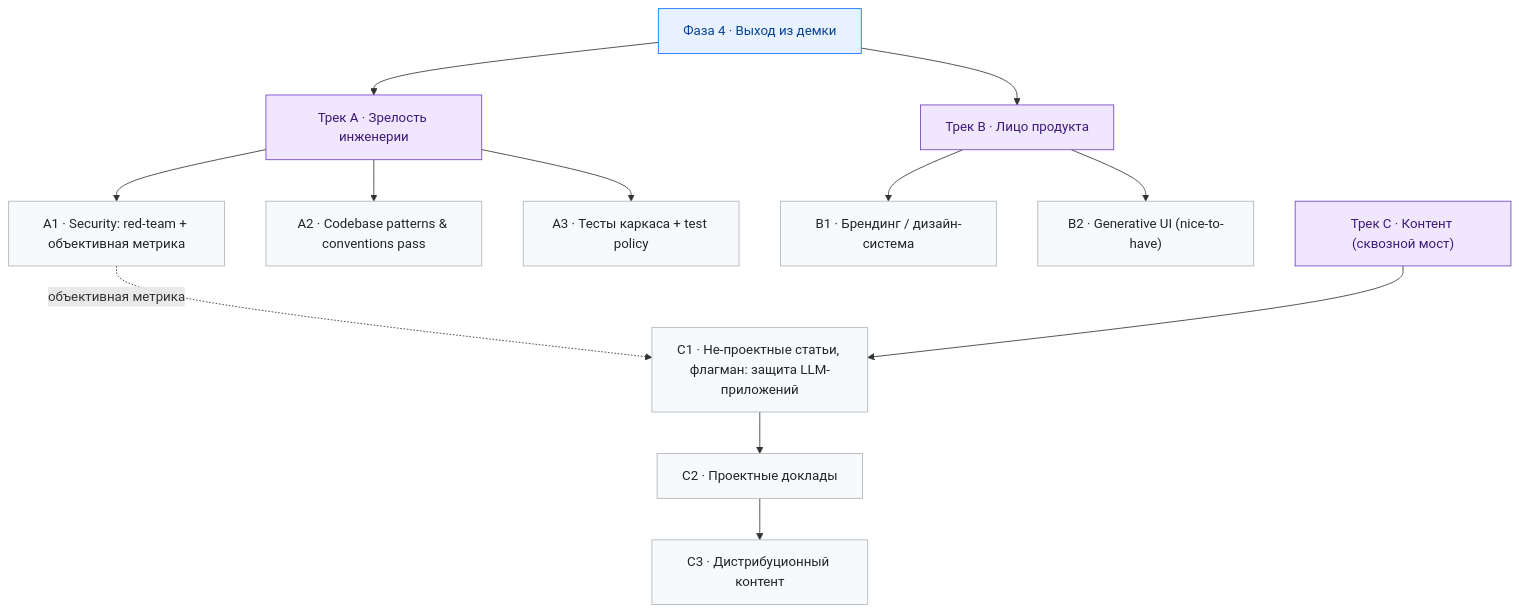
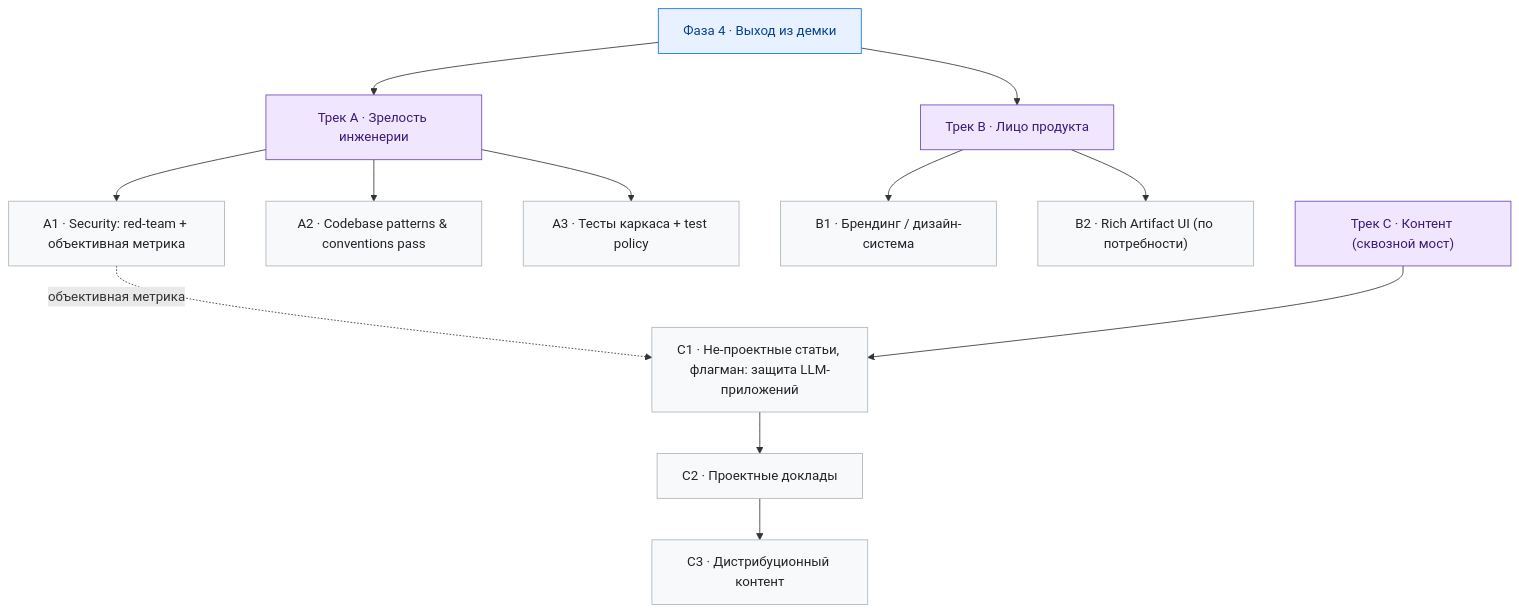
One commit to Bbar0n234/learnflow-ai changed the second of 2 diagrams in doc/product/roadmap.md. Above: the diagram before and after it, drawn with Mermaid. The commit also changed other lines of this file and 1 other file, not shown here.

Commit message:
docs(planning): separate rich artifact UI from generative UI

````diff
--- a/doc/product/roadmap.md
+++ b/doc/product/roadmap.md
@@ -99,21 +99,21 @@
 ```mermaid
 flowchart TD
     classDef phase fill:#e7f1ff,stroke:#0d6efd,color:#084298
     classDef track fill:#f0e7ff,stroke:#6f42c1,color:#3d1a78
     classDef item fill:#f8f9fa,stroke:#adb5bd,color:#212529
 
     P4["Фаза 4 · Выход из демки"]:::phase
     P4 --> TA["Трек A · Зрелость инженерии"]:::track
     P4 --> TB["Трек B · Лицо продукта"]:::track
     TA --> A1["A1 · Security: red-team + объективная метрика"]:::item
     TA --> A2["A2 · Codebase patterns & conventions pass"]:::item
     TA --> A3["A3 · Тесты каркаса + test policy"]:::item
     TB --> B1["B1 · Брендинг / дизайн-система"]:::item
-    TB --> B2["B2 · Generative UI (nice-to-have)"]:::item
+    TB --> B2["B2 · Rich Artifact UI (по потребности)"]:::item
 
     TC["Трек C · Контент (сквозной мост)"]:::track
     TC --> C1["C1 · Не-проектные статьи, флагман: защита LLM-приложений"]:::item
     C1 --> C2["C2 · Проектные доклады"]:::item
     C2 --> C3["C3 · Дистрибуционный контент"]:::item
     A1 -.->|объективная метрика| C1
 ```
````
